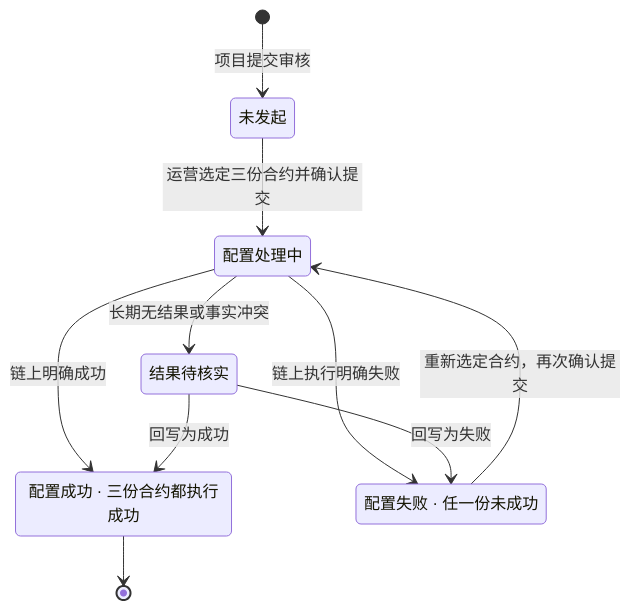
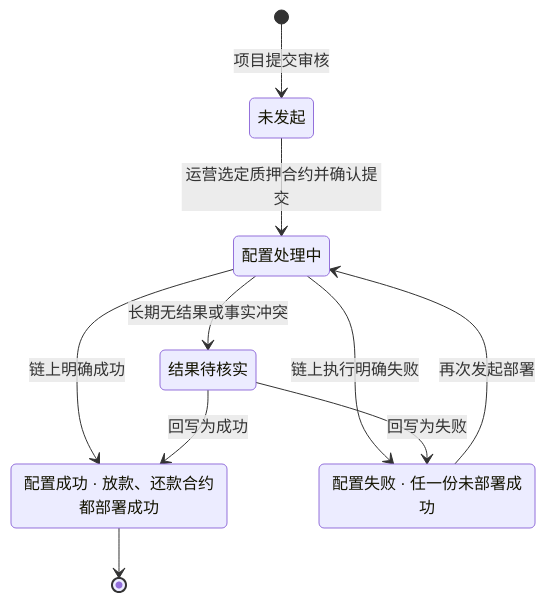
One commit to wxblockchain/Chain-Financing changed the fifth of 5 diagrams in lending-platform/PRD/运营端/04-运营端项目合约管理/02-运营端项目合约管理-流程图与状态机.md. Above: the diagram before and after it, drawn with Mermaid. The commit also changed other lines of this file and 3 other files, not shown here.

````diff
--- a/lending-platform/PRD/运营端/04-运营端项目合约管理/02-运营端项目合约管理-流程图与状态机.md
+++ b/lending-platform/PRD/运营端/04-运营端项目合约管理/02-运营端项目合约管理-流程图与状态机.md
@@ -120,17 +124,17 @@
 ```mermaid
 stateDiagram-v2
   NONE: 未发起
   RUNNING: 配置处理中
-  SUCCESS: 配置成功 · 三份合约都执行成功
-  FAILED: 配置失败 · 任一份未成功
+  SUCCESS: 配置成功 · 放款、还款合约都部署成功
+  FAILED: 配置失败 · 任一份未部署成功
   UNKNOWN: 结果待核实
   [*] --> NONE: 项目提交审核
-  NONE --> RUNNING: 运营选定三份合约并确认提交
+  NONE --> RUNNING: 运营选定质押合约并确认提交
   RUNNING --> SUCCESS: 链上明确成功
   RUNNING --> FAILED: 链上执行明确失败
   RUNNING --> UNKNOWN: 长期无结果或事实冲突
-  FAILED --> RUNNING: 重新选定合约，再次确认提交
+  FAILED --> RUNNING: 再次发起部署
   UNKNOWN --> SUCCESS: 回写为成功
   UNKNOWN --> FAILED: 回写为失败
   SUCCESS --> [*]
 ```
````
